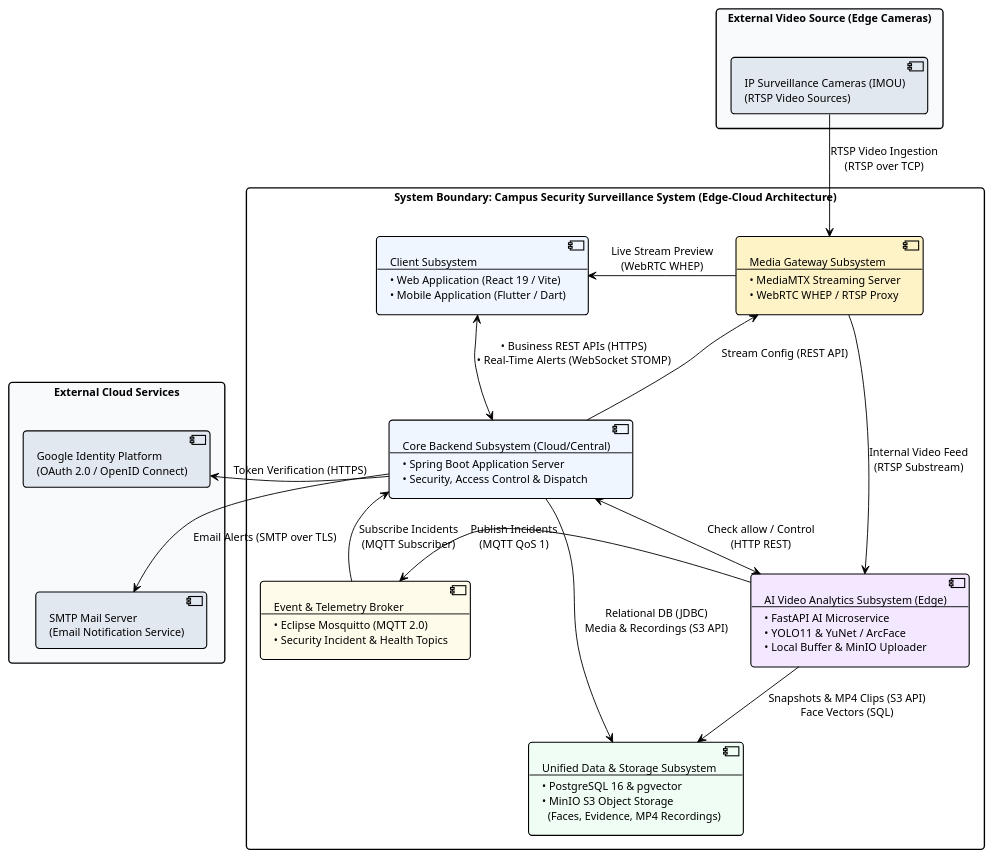
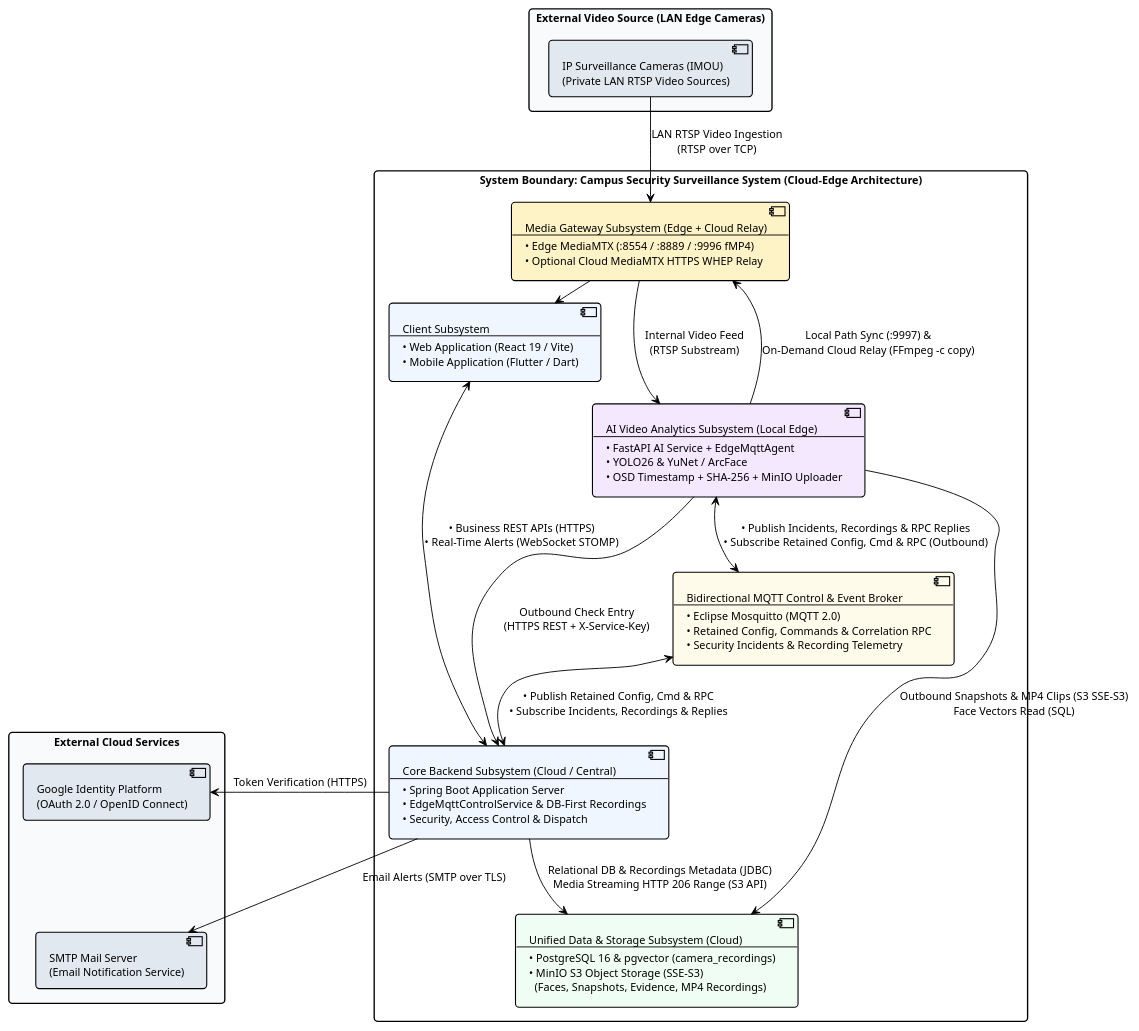
One commit to AnhHao2505/AI-Based-Intelligent-Campus-Security-Surveillance-System changed the diagram in docs/diagrams/system_architecture.puml. Above: the diagram before and after it, drawn with PlantUML. The commit also changed 111 other files, not shown here.

First line of the commit message:
feat(incident): five incident labels (V95), edge-cloud MQTT routing and ACL (#174)

```diff
--- a/docs/diagrams/system_architecture.puml
+++ b/docs/diagrams/system_architecture.puml
@@ -1,90 +1,90 @@
 @startuml system_architecture
 !theme plain
 skinparam backgroundColor #FFFFFF
 skinparam defaultFontName Arial
 skinparam defaultFontSize 12
 skinparam roundCorner 8
 skinparam shadowing false
 skinparam packageStyle rectangle
 
 skinparam nodesep 50
 skinparam ranksep 50
 
 skinparam rectangle {
     BorderThickness 1.5
 }
 
 skinparam component {
     BorderThickness 1.2
 }
 
 ' ============================================================================
 ' 1. EXTERNAL VIDEO SOURCE (TOP)
 ' ============================================================================
-package "External Video Source (Edge Cameras)" as ExtSources #F8FAFC {
-    component "IP Surveillance Cameras (IMOU)\n(RTSP Video Sources)" as ExtCameras #E2E8F0
+package "External Video Source (LAN Edge Cameras)" as ExtSources #F8FAFC {
+    component "IP Surveillance Cameras (IMOU)\n(Private LAN RTSP Video Sources)" as ExtCameras #E2E8F0
 }
 
 ' ============================================================================
-' 2. SYSTEM BOUNDARY: CAMPUS SECURITY SURVEILLANCE SYSTEM (EDGE-CLOUD READY)
+' 2. SYSTEM BOUNDARY: CAMPUS SECURITY SURVEILLANCE SYSTEM (CLOUD-EDGE)
 ' ============================================================================
-package "System Boundary: Campus Security Surveillance System (Edge-Cloud Architecture)" as SysBoundary #FFFFFF {
+package "System Boundary: Campus Security Surveillance System (Cloud-Edge Architecture)" as SysBoundary #FFFFFF {
 
     ' Top Tier: Ingestion & Presentation
-    component "Media Gateway Subsystem\n--\n• MediaMTX Streaming Server\n• WebRTC WHEP / RTSP Proxy" as MediaGateway #FEF3C7
-    
+    component "Media Gateway Subsystem (Edge + Cloud Relay)\n--\n• Edge MediaMTX (:8554 / :8889 / :9996 fMP4)\n• Optional Cloud MediaMTX HTTPS WHEP Relay" as MediaGateway #FEF3C7
+
     component "Client Subsystem\n--\n• Web Application (React 19 / Vite)\n• Mobile Application (Flutter / Dart)" as ClientSubsys #EFF6FF
 
     ' Middle Tier: Processing & Event Pipeline
-    component "AI Video Analytics Subsystem (Edge)\n--\n• FastAPI AI Microservice\n• YOLO11 & YuNet / ArcFace\n• Local Buffer & MinIO Uploader" as AISubsys #F3E8FF
+    component "AI Video Analytics Subsystem (Local Edge)\n--\n• FastAPI AI Service + EdgeMqttAgent\n• YOLO26 & YuNet / ArcFace\n• OSD Timestamp + SHA-256 + MinIO Uploader" as AISubsys #F3E8FF
 
-    component "Event & Telemetry Broker\n--\n• Eclipse Mosquitto (MQTT 2.0)\n• Security Incident & Health Topics" as MqttSubsys #FFFBEB
+    component "Bidirectional MQTT Control & Event Broker\n--\n• Eclipse Mosquitto (MQTT 2.0)\n• Retained Config, Commands & Correlation RPC\n• Security Incidents & Recording Telemetry" as MqttSubsys #FFFBEB
 
-    component "Core Backend Subsystem (Cloud/Central)\n--\n• Spring Boot Application Server\n• Security, Access Control & Dispatch" as BackendSubsys #EFF6FF
+    component "Core Backend Subsystem (Cloud / Central)\n--\n• Spring Boot Application Server\n• EdgeMqttControlService & DB-First Recordings\n• Security, Access Control & Dispatch" as BackendSubsys #EFF6FF
 
     ' Bottom Tier: Persistence & Storage
-    component "Unified Data & Storage Subsystem\n--\n• PostgreSQL 16 & pgvector\n• MinIO S3 Object Storage\n  (Faces, Evidence, MP4 Recordings)" as StorageSubsys #F0FDF4
+    component "Unified Data & Storage Subsystem (Cloud)\n--\n• PostgreSQL 16 & pgvector (camera_recordings)\n• MinIO S3 Object Storage (SSE-S3)\n  (Faces, Snapshots, Evidence, MP4 Recordings)" as StorageSubsys #F0FDF4
 }
 
 ' ============================================================================
 ' 3. EXTERNAL CLOUD SERVICES (RIGHT - VERTICAL ALIGNMENT)
 ' ============================================================================
 package "External Cloud Services" as ExtServices #F8FAFC {
     component "Google Identity Platform\n(OAuth 2.0 / OpenID Connect)" as ExtGoogle #E2E8F0
     component "SMTP Mail Server\n(Email Notification Service)" as ExtMail #E2E8F0
 }
 
 ' Enforce vertical stacking for External Cloud Services
 ExtGoogle -[hidden]down-> ExtMail
 
 ' ============================================================================
-' STREAMLINED DATA FLOWS & PROTOCOLS
+' STREAMLINED DATA FLOWS & PROTOCOLS (100% OUTBOUND-ONLY FROM EDGE)
 ' ============================================================================
 
 ' 1. Video Ingestion from Top into System Boundary
-ExtCameras -down-> MediaGateway : "RTSP Video Ingestion\n(RTSP over TCP)"
+ExtCameras -down-> MediaGateway : "LAN RTSP Video Ingestion\n(RTSP over TCP)"
 
 ' 2. Media Streaming & Client Distribution
-MediaGateway -right-> ClientSubsys : "Live Stream Preview\n(WebRTC WHEP)"
+MediaGateway -right-> ClientSubsys : "Dual-Endpoint Live Preview\n(LAN WHEP / Cloud HTTPS WHEP)"
 MediaGateway -down-> AISubsys : "Internal Video Feed\n(RTSP Substream)"
+AISubsys -up-> MediaGateway : "Local Path Sync (:9997) &\nOn-Demand Cloud Relay (FFmpeg -c copy)"
 
 ' 3. Client & Core Backend Communication
 ClientSubsys <--> BackendSubsys : "• Business REST APIs (HTTPS)\n• Real-Time Alerts (WebSocket STOMP)"
 
-' 4. Core Backend Management of Video & AI
-BackendSubsys -up-> MediaGateway : "Stream Config (REST API)"
-BackendSubsys <--> AISubsys : "Check allow / Control\n(HTTP REST)"
+' 4. Outbound-Only Edge-to-Cloud Access Check
+AISubsys -right-> BackendSubsys : "Outbound Check Entry\n(HTTPS REST + X-Service-Key)"
 
-' 5. Security Incident Event Pipeline (Edge-to-Cloud via MQTT)
-AISubsys -right-> MqttSubsys : "Publish Incidents\n(MQTT QoS 1)"
-MqttSubsys -right-> BackendSubsys : "Subscribe Incidents\n(MQTT Subscriber)"
+' 5. Bidirectional Outbound-Only MQTT Control & Event Plane
+AISubsys <--> MqttSubsys : "• Publish Incidents, Recordings & RPC Replies\n• Subscribe Retained Config, Cmd & RPC (Outbound)"
+MqttSubsys <--> BackendSubsys : "• Publish Retained Config, Cmd & RPC\n• Subscribe Incidents, Recordings & Replies"
 
 ' 6. Data Persistence & Unified Object Storage
-AISubsys -down-> StorageSubsys : "Snapshots & MP4 Clips (S3 API)\nFace Vectors (SQL)"
-BackendSubsys -down-> StorageSubsys : "Relational DB (JDBC)\nMedia & Recordings (S3 API)"
+AISubsys -down-> StorageSubsys : "Outbound Snapshots & MP4 Clips (S3 SSE-S3)\nFace Vectors Read (SQL)"
+BackendSubsys -down-> StorageSubsys : "Relational DB & Recordings Metadata (JDBC)\nMedia Streaming HTTP 206 Range (S3 API)"
 
 ' 7. External Cloud Integrations (Right side)
 BackendSubsys -right-> ExtGoogle : "Token Verification (HTTPS)"
 BackendSubsys -right-> ExtMail : "Email Alerts (SMTP over TLS)"
 
 @enduml
```
